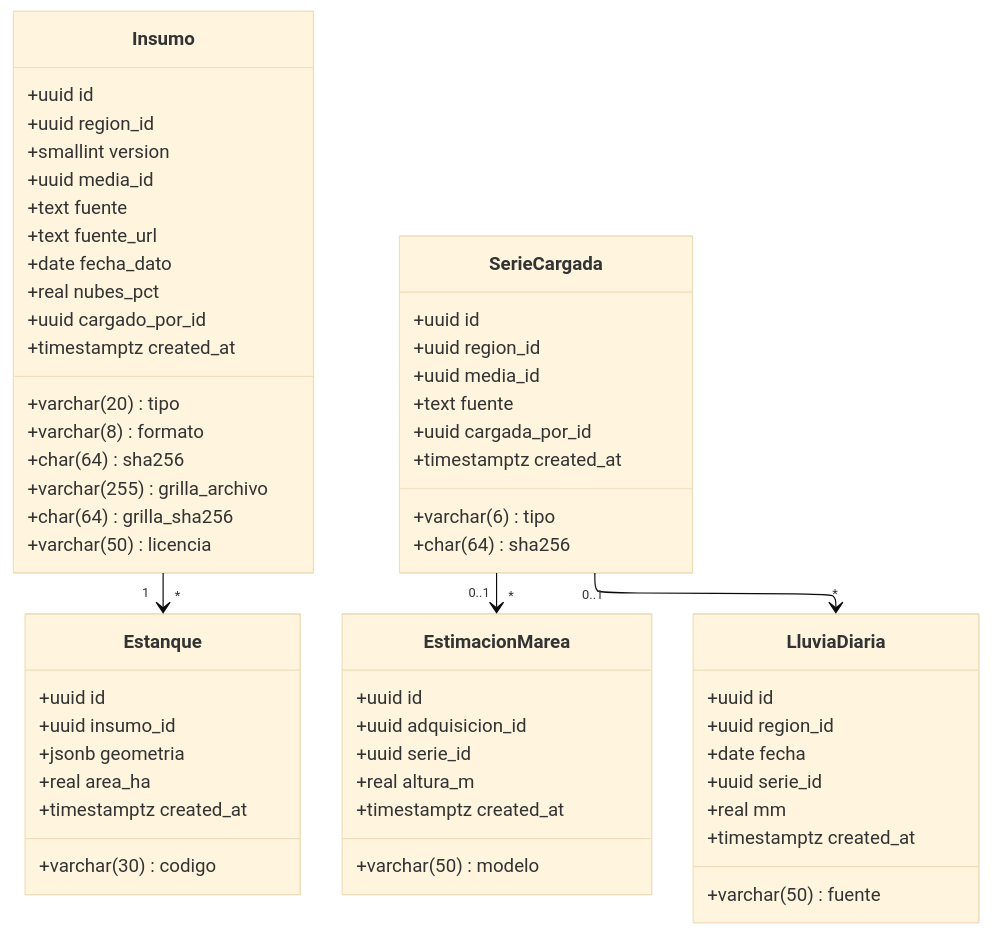
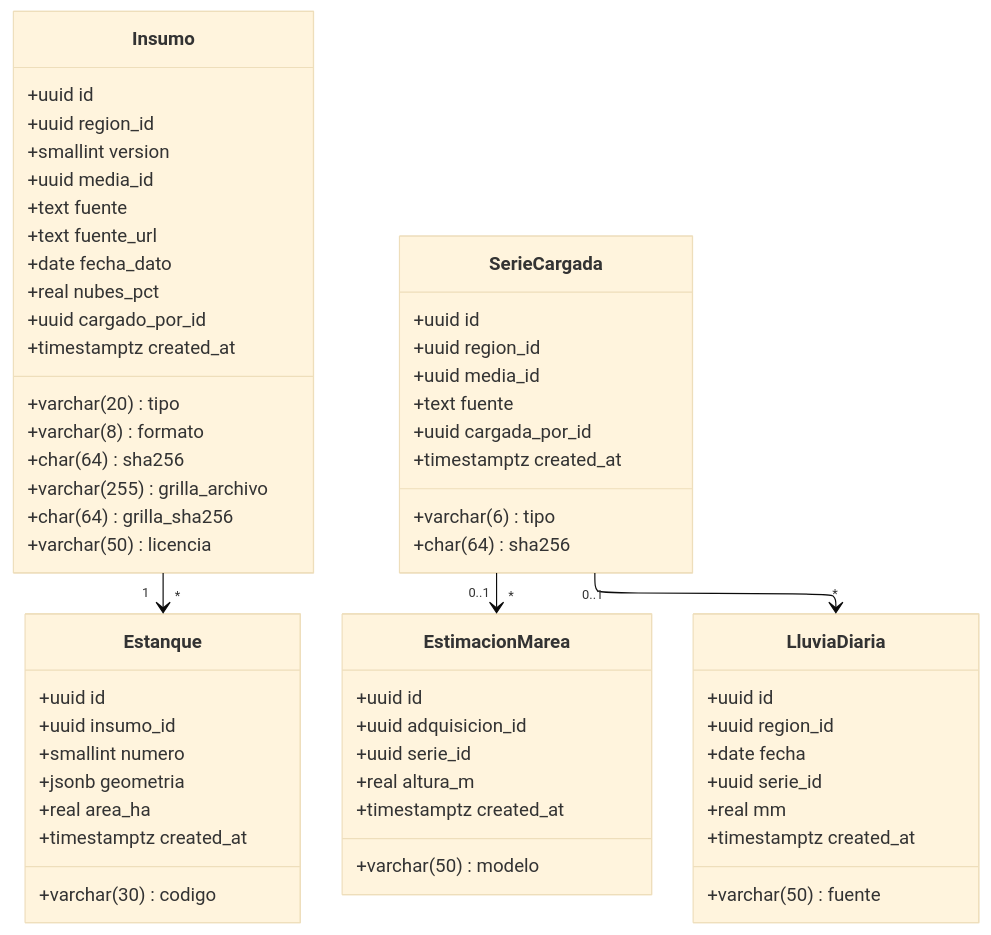
Before and after one commit to Al-Infinito-y-Masaya/api: the diagram in docs/dominio/modulos/insumos.md, drawn with Mermaid (base theme). The commit also changed other lines of this file and 11 other files, not shown here.

````diff
--- a/docs/dominio/modulos/insumos.md
+++ b/docs/dominio/modulos/insumos.md
@@ -25,66 +25,67 @@
 ```mermaid
 ---
 config:
   elk:
     nodePlacementStrategy: NETWORK_SIMPLEX
   fontFamily: monospace
   layout: elk
 ---
 classDiagram
     class Insumo {
         +uuid id
         +uuid region_id
         +varchar(20) tipo
         +smallint version
         +varchar(8) formato
         +uuid media_id
         +char(64) sha256
         +varchar(255) grilla_archivo
         +char(64) grilla_sha256
         +text fuente
         +text fuente_url
         +varchar(50) licencia
         +date fecha_dato
         +real nubes_pct
         +uuid cargado_por_id
         +timestamptz created_at
     }
     class Estanque {
         +uuid id
         +uuid insumo_id
+        +smallint numero
         +varchar(30) codigo
         +jsonb geometria
         +real area_ha
         +timestamptz created_at
     }
     class SerieCargada {
         +uuid id
         +uuid region_id
         +varchar(6) tipo
         +uuid media_id
         +char(64) sha256
         +text fuente
         +uuid cargada_por_id
         +timestamptz created_at
     }
     class EstimacionMarea {
         +uuid id
         +uuid adquisicion_id
         +varchar(50) modelo
         +uuid serie_id
         +real altura_m
         +timestamptz created_at
     }
     class LluviaDiaria {
         +uuid id
         +uuid region_id
         +date fecha
         +varchar(50) fuente
         +uuid serie_id
         +real mm
         +timestamptz created_at
     }
     Insumo "1" --> "*" Estanque
     SerieCargada "0..1" --> "*" EstimacionMarea
     SerieCargada "0..1" --> "*" LluviaDiaria
 ```
````
